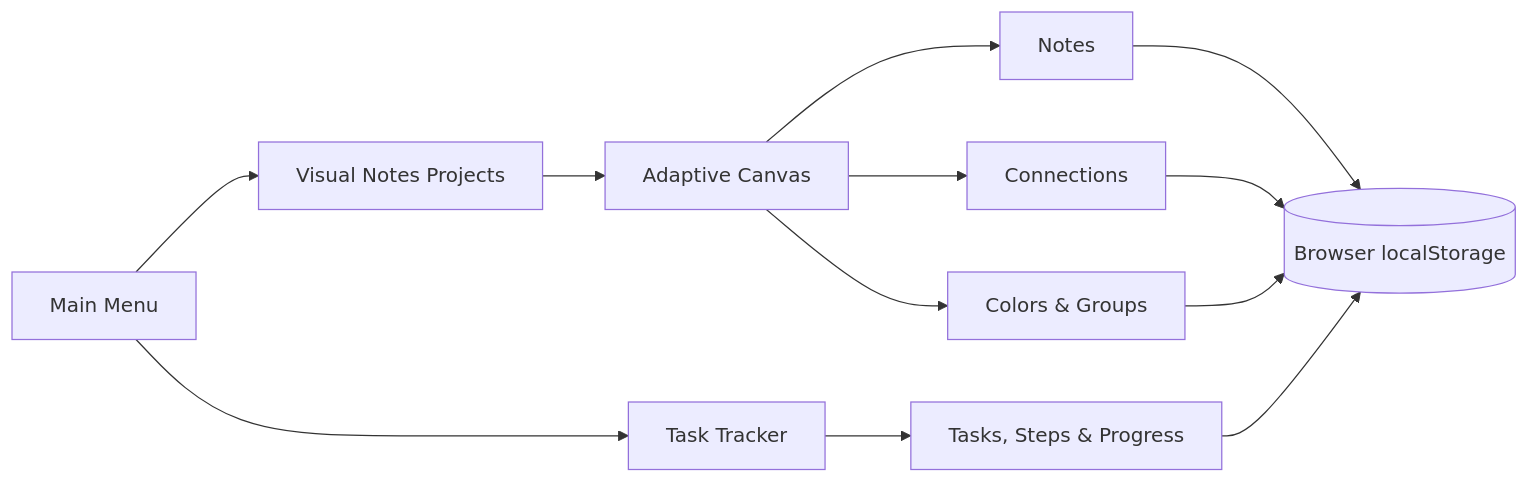
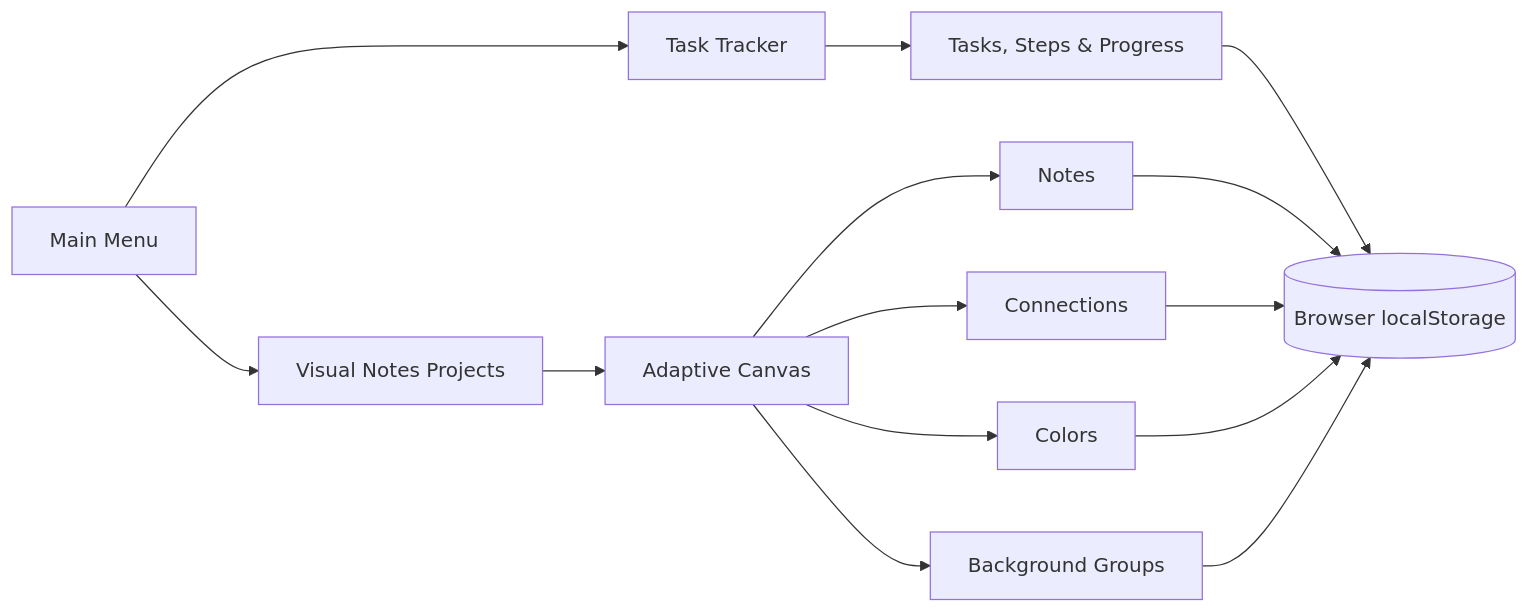
One commit to SzymonRembalski/visual-notes changed the diagram in README.md. Above: the diagram before and after it, drawn with Mermaid. The commit also changed other lines of this file and 6 other files, not shown here.

````diff
--- a/README.md
+++ b/README.md
@@ -44,11 +45,12 @@
 ```mermaid
 flowchart LR
     A[Main Menu] --> B[Task Tracker]
     A --> C[Visual Notes Projects]
     C --> D[Adaptive Canvas]
     D --> E[Notes]
     D --> F[Connections]
-    D --> G[Colors & Groups]
+    D --> G[Colors]
+    D --> J[Background Groups]
     B --> H[Tasks, Steps & Progress]
-    E & F & G & H --> I[(Browser localStorage)]
+    E & F & G & H & J --> I[(Browser localStorage)]
 ```
````
